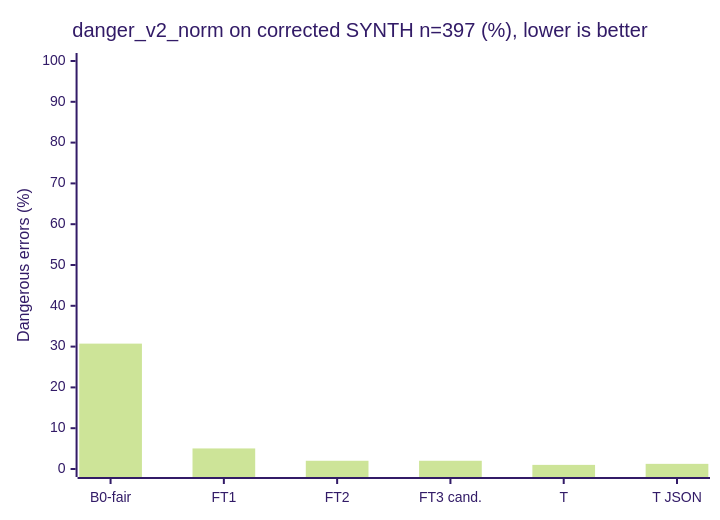
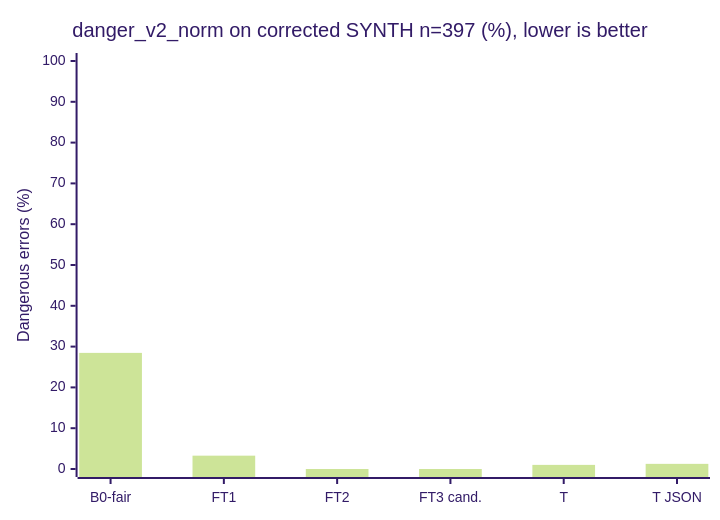
The fourth of 4 diagrams in eval/results.md (Vedant817/aaji-pill-clerk), drawn with Mermaid (forest theme) before and after one commit. The commit also changed other lines of this file and 32 other files, not shown here.

````diff
--- a/eval/results.md
+++ b/eval/results.md
@@ -200,7 +202,7 @@
 ```mermaid
 xychart-beta
     title "danger_v2_norm on corrected SYNTH n=397 (%), lower is better"
     x-axis ["B0-fair", "FT1", "FT2", "FT3 cand.", "T", "T JSON"]
     y-axis "Dangerous errors (%)" 0 --> 100
-    bar [30.73, 5.04, 2.02, 2.02, 1.01, 1.26]
+    bar [28.46, 3.27, 0, 0, 1.01, 1.26]
 ```
````
